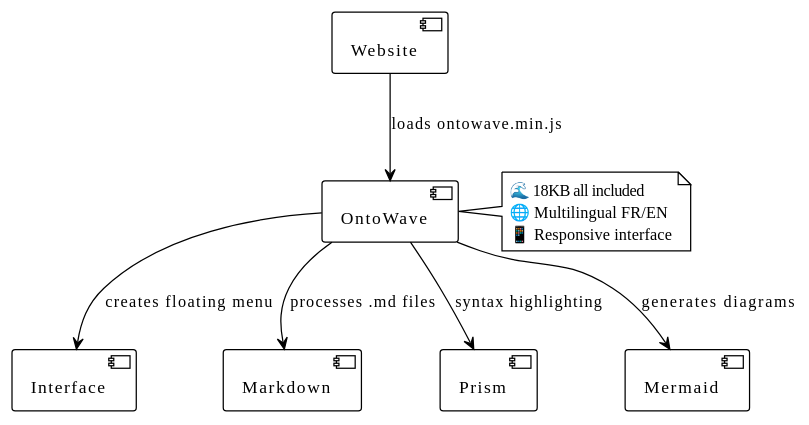
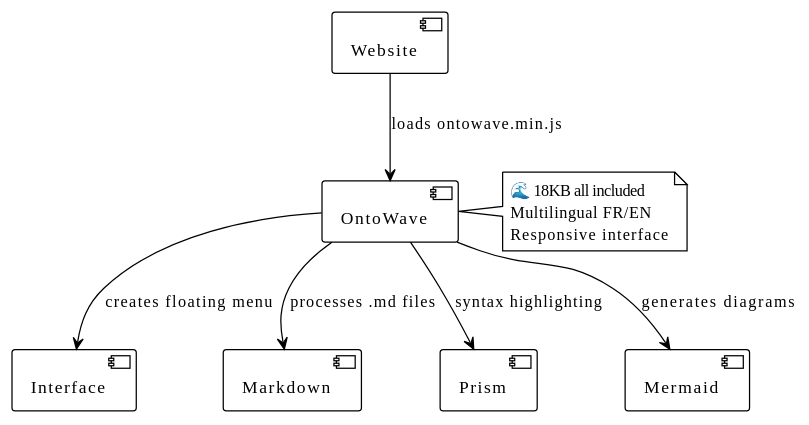
One commit to stephanedenis/OntoWave changed the first of 3 diagrams in docs/index.en.md. Above: the diagram before and after it, drawn with PlantUML. The commit also changed other lines of this file and 83 other files, not shown here.

````diff
--- a/docs/index.en.md
+++ b/docs/index.en.md
@@ -42,18 +42,18 @@
 ```plantuml
 @startuml
 !theme plain
 skinparam backgroundColor transparent
 
 [Website] --> [OntoWave] : loads ontowave.min.js
 [OntoWave] --> [Interface] : creates floating menu
 [OntoWave] --> [Markdown] : processes .md files
 [OntoWave] --> [Prism] : syntax highlighting
 [OntoWave] --> [Mermaid] : generates diagrams
 
 note right of [OntoWave]
   🌊 18KB all included
-  🌐 Multilingual FR/EN
-  📱 Responsive interface
+  Multilingual FR/EN
+  Responsive interface
 end note
 @enduml
 ```
````
